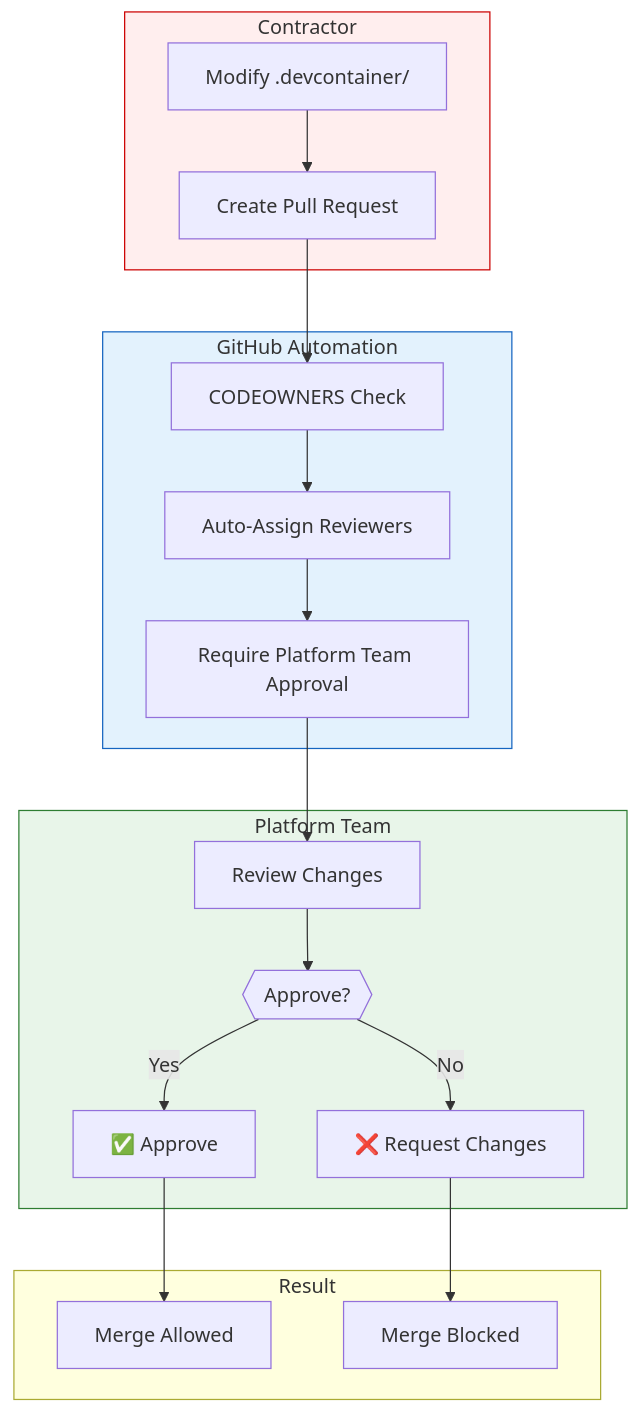
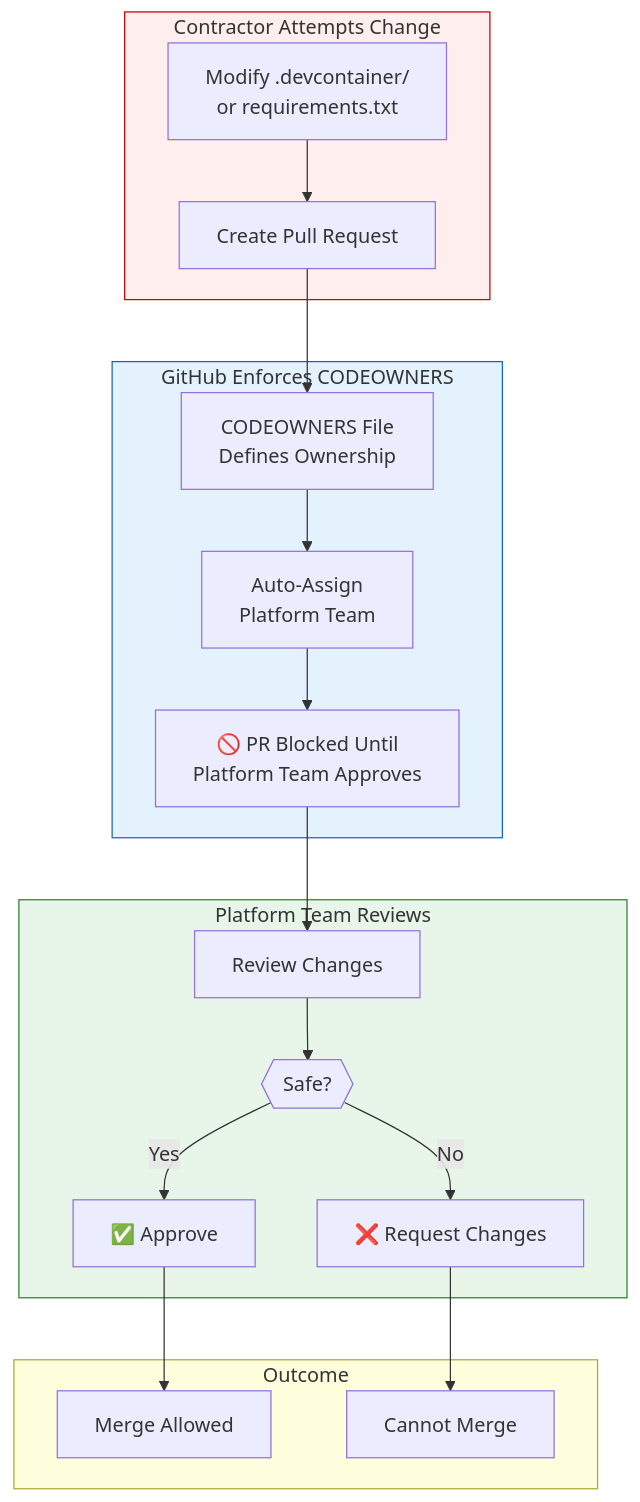
The fourth of 11 diagrams in DEMO-DIAGRAMS.md (shariqh/acme-inventory-api), drawn with Mermaid before and after one commit. The commit also changed other lines of this file, not shown here.

First line of the commit message:
Update diagrams to match talk track precisely

````diff
--- a/DEMO-DIAGRAMS.md
+++ b/DEMO-DIAGRAMS.md
@@ -166,40 +116,40 @@
 ```mermaid
 flowchart TD
-    subgraph contractor["Contractor"]
-        change["Modify .devcontainer/"]
+    subgraph contractor["Contractor Attempts Change"]
+        change["Modify .devcontainer/<br/>or requirements.txt"]
         createpr["Create Pull Request"]
     end
 
-    subgraph github["GitHub Automation"]
-        codeowners["CODEOWNERS Check"]
-        assign["Auto-Assign Reviewers"]
-        require["Require Platform Team Approval"]
+    subgraph github["GitHub Enforces CODEOWNERS"]
+        codeowners["CODEOWNERS File<br/>Defines Ownership"]
+        assign["Auto-Assign<br/>Platform Team"]
+        block["🚫 PR Blocked Until<br/>Platform Team Approves"]
     end
 
-    subgraph platform["Platform Team"]
+    subgraph platform["Platform Team Reviews"]
         review["Review Changes"]
-        decision{{"Approve?"}}
+        decision{{"Safe?"}}
         approve["✅ Approve"]
         reject["❌ Request Changes"]
     end
 
-    subgraph outcome["Result"]
+    subgraph result["Outcome"]
         merge["Merge Allowed"]
-        blocked["Merge Blocked"]
+        blocked["Cannot Merge"]
     end
 
     change --> createpr
     createpr --> codeowners
     codeowners --> assign
-    assign --> require
-    require --> review
+    assign --> block
+    block --> review
     review --> decision
     decision -->|"Yes"| approve
     decision -->|"No"| reject
     approve --> merge
     reject --> blocked
 
     style contractor fill:#fee,stroke:#c00
     style github fill:#e3f2fd,stroke:#1565c0
     style platform fill:#e8f5e9,stroke:#2e7d32
 ```
````
